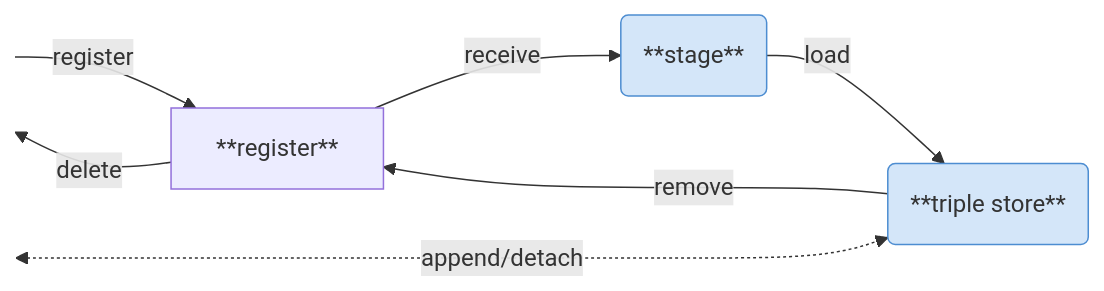
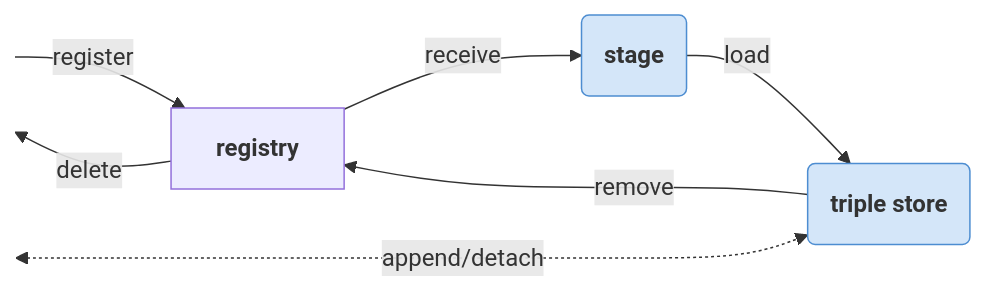
One commit to nfdi4objects/grimpo changed the first of 2 diagrams in README.md. Above: the diagram before and after it, drawn with Mermaid. The commit also changed other lines of this file, not shown here.

Commit message:
Update diagram in README.md

````diff
--- a/README.md
+++ b/README.md
@@ -91,21 +91,21 @@
 ```mermaid
 flowchart LR
   END[ ]:::hidden
   START[ ]:::hidden
   C[ ]:::hidden
-  R["**register**"]
-  S("**stage**"):::data
-  T("**triple store**"):::data
+  R["<b>registry</b>"]
+  S("<b>stage</b>"):::data
+  T("<b>triple store</b>"):::data
 
   START -- register --> R
   R -- receive --> S
   S -- load --> T
   T -- remove --> R
   R -- delete --> END
   END ~~~ R
   C  ~~~ R
   C <-. append/detach .-> T
 
 classDef hidden display: none;
 classDef data stroke:#4d8dd1, fill:#D4E6F9;
 ```
````
